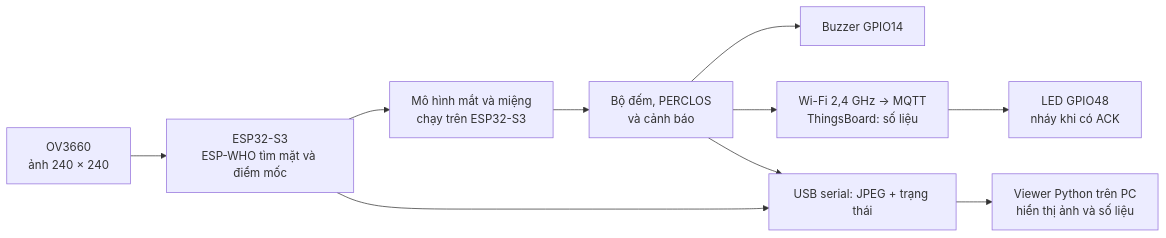
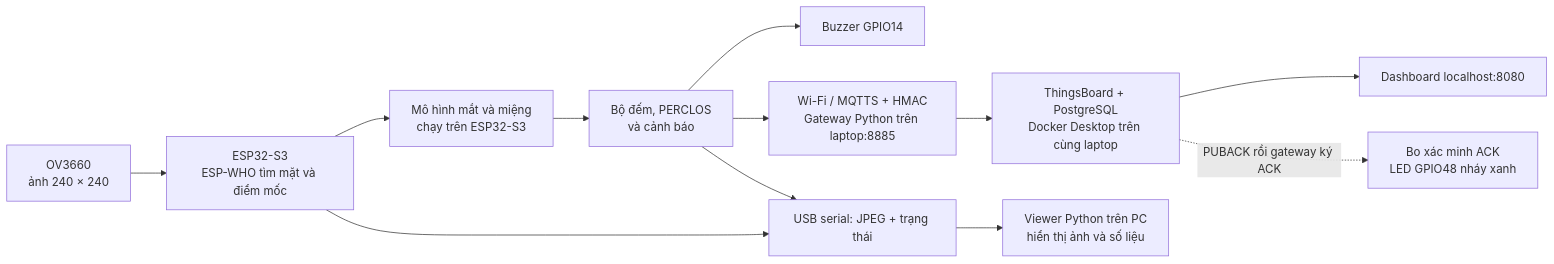
One commit to Kanj3eNguyen/BTL_IOT changed the diagram in docs/HE_THONG_HOAT_DONG.md. Above: the diagram before and after it, drawn with Mermaid. The commit also changed other lines of this file and 25 other files, not shown here.

````diff
--- a/docs/HE_THONG_HOAT_DONG.md
+++ b/docs/HE_THONG_HOAT_DONG.md
@@ -21,12 +21,14 @@
 ```mermaid
 flowchart LR
     C[OV3660<br/>ảnh 240 × 240] --> F[ESP32-S3<br/>ESP-WHO tìm mặt và điểm mốc]
     F --> E[Mô hình mắt và miệng<br/>chạy trên ESP32-S3]
     E --> A[Bộ đếm, PERCLOS<br/>và cảnh báo]
     A --> B[Buzzer GPIO14]
-    A --> M[Wi-Fi 2,4 GHz → MQTT<br/>ThingsBoard: số liệu]
-    M --> L[LED GPIO48<br/>nháy khi có ACK]
+    A --> M[Wi-Fi / MQTTS + HMAC<br/>Gateway Python trên laptop:8885]
+    M --> T[ThingsBoard + PostgreSQL<br/>Docker Desktop trên cùng laptop]
+    T --> D[Dashboard localhost:8080]
+    T -. PUBACK rồi gateway ký ACK .-> L[Bo xác minh ACK<br/>LED GPIO48 nháy xanh]
     F --> U[USB serial: JPEG + trạng thái]
     A --> U
     U --> V[Viewer Python trên PC<br/>hiển thị ảnh và số liệu]
 ```
````
